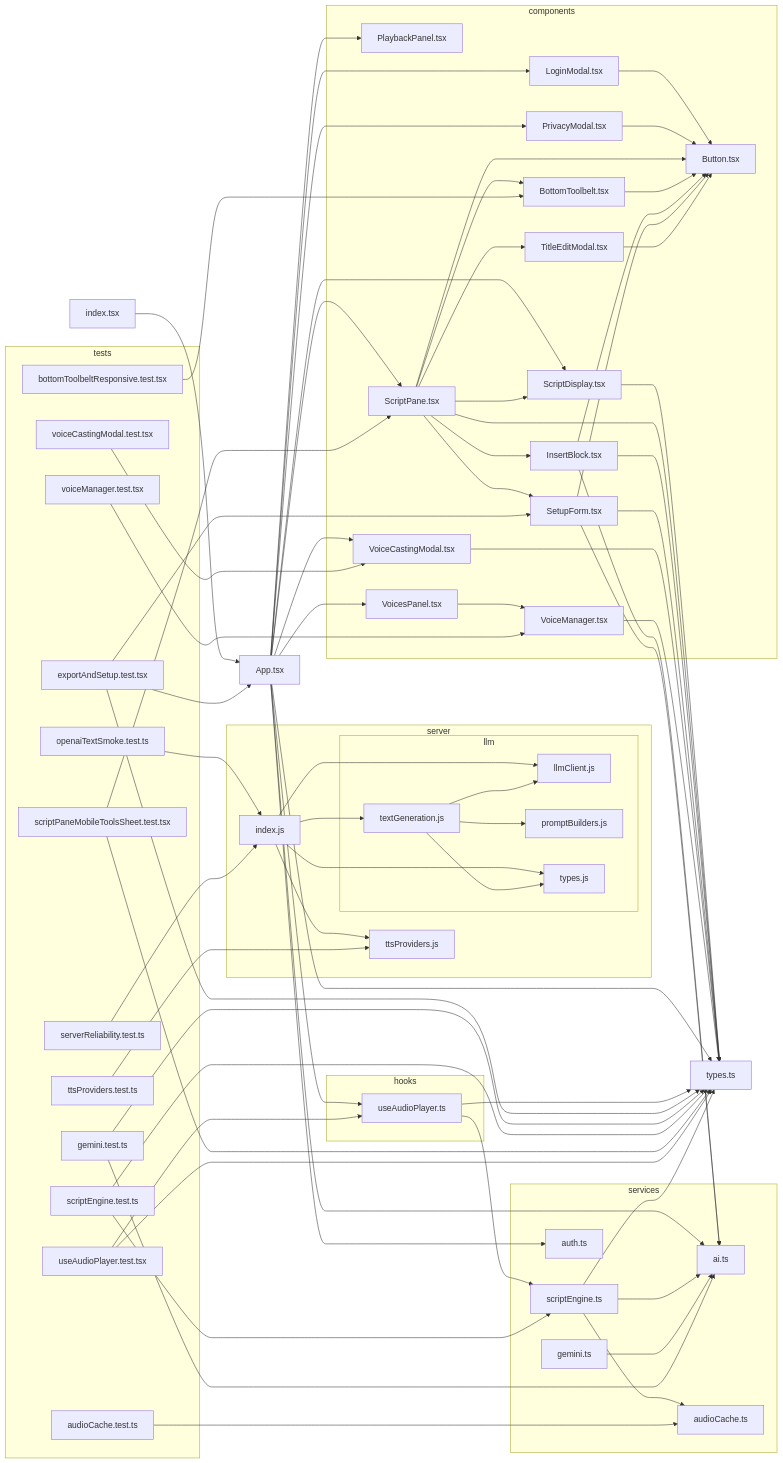
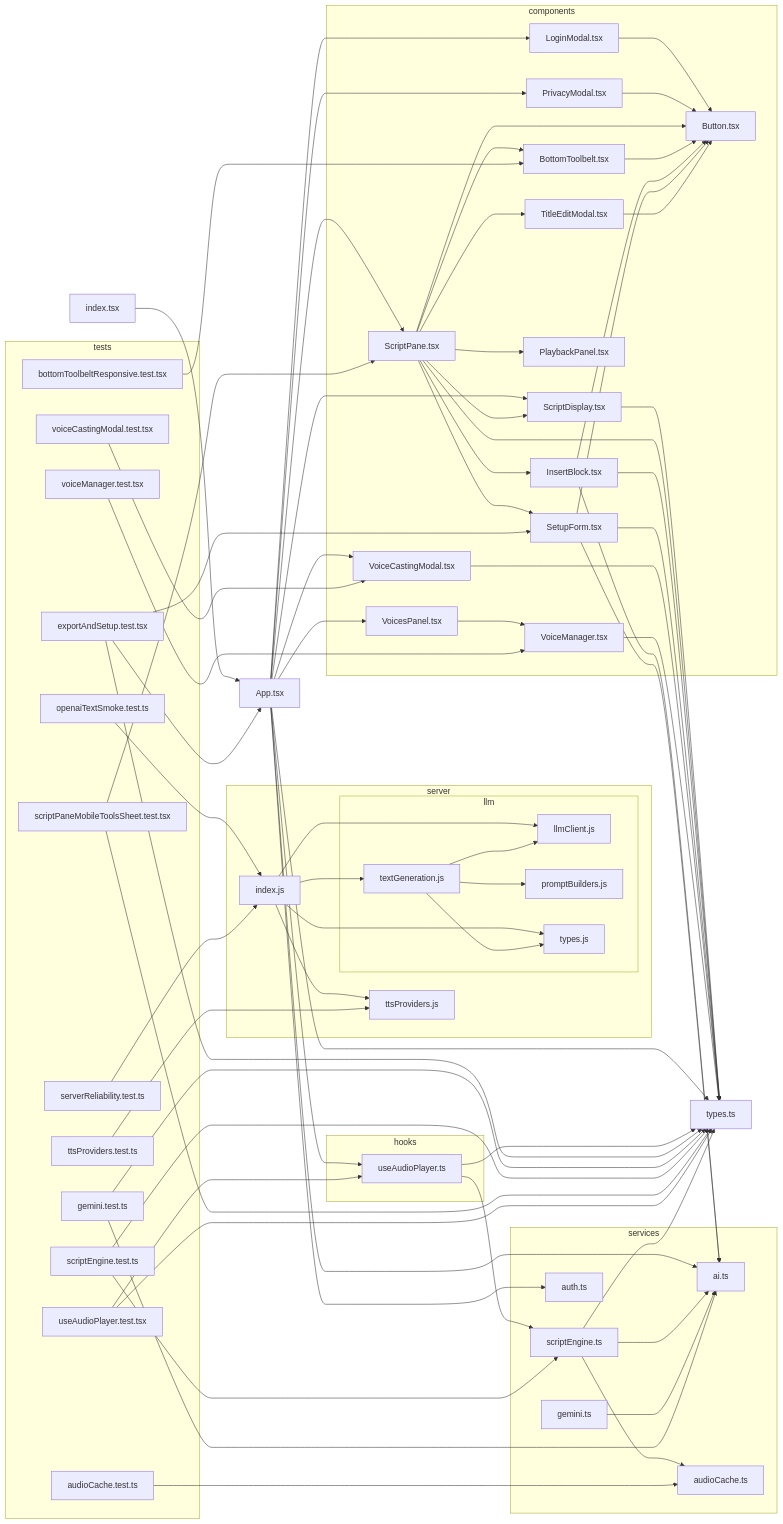
The diagram in docs/dependency-graph.mmd (seanzmc/Script-Seance), drawn with Mermaid before and after one commit.

Commit message:
Reorder dependency graph node IDs
Reorganizes node identifiers in the Mermaid dependency graph to reflect
updated component ordering, moving PlaybackPanel later in the list and
adjusting all affected edge references accordingly.

```diff
--- a/docs/dependency-graph.mmd
+++ b/docs/dependency-graph.mmd
@@ -1,118 +1,118 @@
 flowchart LR
 
 0["App.tsx"]
 subgraph 1["components"]
 2["LoginModal.tsx"]
 3["Button.tsx"]
-4["PlaybackPanel.tsx"]
-5["PrivacyModal.tsx"]
-6["ScriptDisplay.tsx"]
-8["ScriptPane.tsx"]
-9["BottomToolbelt.tsx"]
-A["InsertBlock.tsx"]
+4["PrivacyModal.tsx"]
+5["ScriptDisplay.tsx"]
+7["ScriptPane.tsx"]
+8["BottomToolbelt.tsx"]
+9["InsertBlock.tsx"]
+C["PlaybackPanel.tsx"]
 D["SetupForm.tsx"]
 E["TitleEditModal.tsx"]
 F["VoiceCastingModal.tsx"]
 G["VoicesPanel.tsx"]
 H["VoiceManager.tsx"]
 end
-7["types.ts"]
-subgraph B["services"]
-C["ai.ts"]
+6["types.ts"]
+subgraph A["services"]
+B["ai.ts"]
 K["scriptEngine.ts"]
 L["audioCache.ts"]
 M["auth.ts"]
 W["gemini.ts"]
 end
 subgraph I["hooks"]
 J["useAudioPlayer.ts"]
 end
 N["index.tsx"]
 subgraph O["server"]
 P["index.js"]
 subgraph Q["llm"]
 R["llmClient.js"]
 S["textGeneration.js"]
 T["promptBuilders.js"]
 U["types.js"]
 end
 V["ttsProviders.js"]
 end
 subgraph X["tests"]
 Y["audioCache.test.ts"]
 Z["bottomToolbeltResponsive.test.tsx"]
 10["exportAndSetup.test.tsx"]
 11["gemini.test.ts"]
 12["openaiTextSmoke.test.ts"]
 13["scriptEngine.test.ts"]
 14["scriptPaneMobileToolsSheet.test.tsx"]
 15["serverReliability.test.ts"]
 16["ttsProviders.test.ts"]
 17["useAudioPlayer.test.tsx"]
 18["voiceCastingModal.test.tsx"]
 19["voiceManager.test.tsx"]
 end
 0-->2
 0-->4
 0-->5
-0-->6
-0-->8
+0-->7
 0-->F
 0-->G
 0-->J
-0-->C
+0-->B
 0-->M
-0-->7
+0-->6
 2-->3
-5-->3
-6-->7
-8-->7
-8-->9
+4-->3
+5-->6
+7-->6
+7-->8
+7-->3
+7-->9
+7-->C
+7-->5
+7-->D
+7-->E
 8-->3
-8-->A
-8-->6
-8-->D
-8-->E
+9-->B
+9-->6
 9-->3
-A-->C
-A-->7
-A-->3
-D-->C
-D-->7
+D-->B
+D-->6
 D-->3
 E-->3
-F-->7
+F-->6
 G-->H
-H-->7
+H-->6
 J-->K
-J-->7
-K-->7
-K-->C
+J-->6
+K-->6
+K-->B
 K-->L
 N-->0
 P-->R
 P-->S
 P-->U
 P-->V
 S-->R
 S-->T
 S-->U
-W-->C
+W-->B
 Y-->L
-Z-->9
+Z-->8
 10-->0
 10-->D
-10-->7
-11-->C
-11-->7
+10-->6
+11-->B
+11-->6
 12-->P
 13-->K
-13-->7
-14-->8
+13-->6
 14-->7
+14-->6
 15-->P
 16-->V
 17-->J
-17-->7
+17-->6
 18-->F
 19-->H
```
